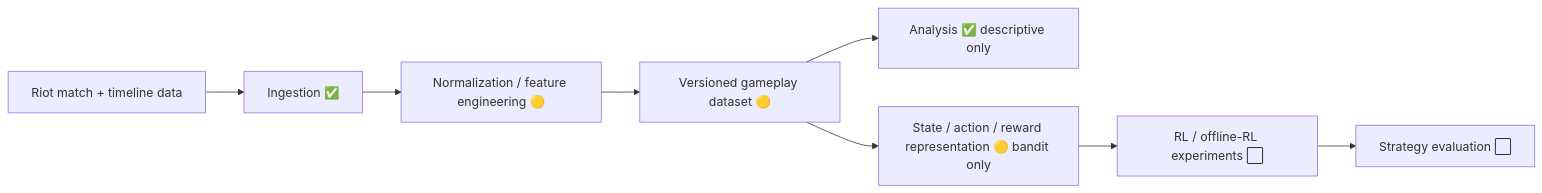
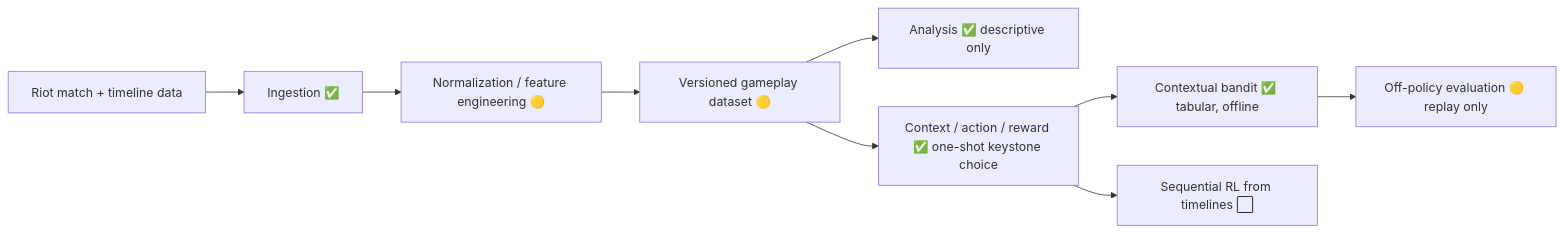
The second of 2 diagrams in README.md (iagxferreira/riftlab), drawn with Mermaid before and after one commit. The commit also changed other lines of this file and 1 other file, not shown here.

First line of the commit message:
docs: document the redesigned bandit and single-account setup

````diff
--- a/README.md
+++ b/README.md
@@ -111,10 +102,11 @@
 ```mermaid
 flowchart LR
     A[Riot match + timeline data] --> B[Ingestion ✅]
     B --> C[Normalization / feature engineering 🟡]
     C --> D[Versioned gameplay dataset 🟡]
     D --> E[Analysis ✅ descriptive only]
-    D --> F[State / action / reward representation 🟡 bandit only]
-    F --> G[RL / offline-RL experiments ⬜]
-    G --> H[Strategy evaluation ⬜]
+    D --> F[Context / action / reward ✅ one-shot keystone choice]
+    F --> G[Contextual bandit ✅ tabular, offline]
+    G --> H[Off-policy evaluation 🟡 replay only]
+    F --> I[Sequential RL from timelines ⬜]
 ```
````
